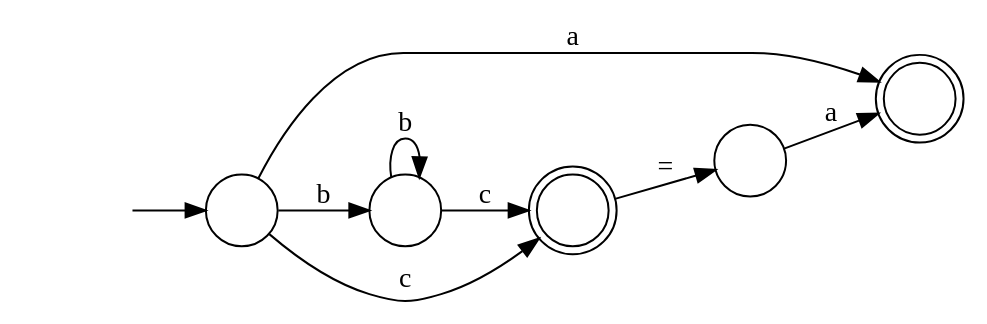
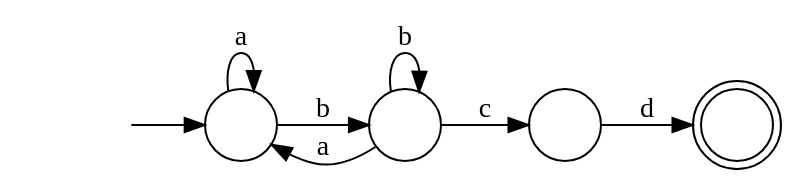
The diagram in EstructuraAutomata.dot (EAeliasalejandro/ConversorErAutomata), drawn with Graphviz before and after one commit. The commit also changed 27 other files, not shown here.

```diff
--- a/EstructuraAutomata.dot
+++ b/EstructuraAutomata.dot
@@ -1,17 +1,15 @@
 digraph AutomataCompiladores {
   rankdir = LR;
   0 [shape=circle,label=""];
   initial [shape=plaintext,label=""];
   initial -> 0
-  0 -> 1 [label="a"]
-  0 -> 3 [label="b"]
-  0 -> 4 [label="c"]
-  1 [shape=doublecircle,label=""];
+  0 -> 0 [label="a"]
+  0 -> 2 [label="b"]
+  1 [shape=circle,label=""];
+  1 -> 3 [label="d"]
   2 [shape=circle,label=""];
-  2 -> 1 [label="a"]
-  3 [shape=circle,label=""];
-  3 -> 3 [label="b"]
-  3 -> 4 [label="c"]
-  4 [shape=doublecircle,label=""];
-  4 -> 2 [label="="]
+  2 -> 0 [label="a"]
+  2 -> 2 [label="b"]
+  2 -> 1 [label="c"]
+  3 [shape=doublecircle,label=""];
 }
```
